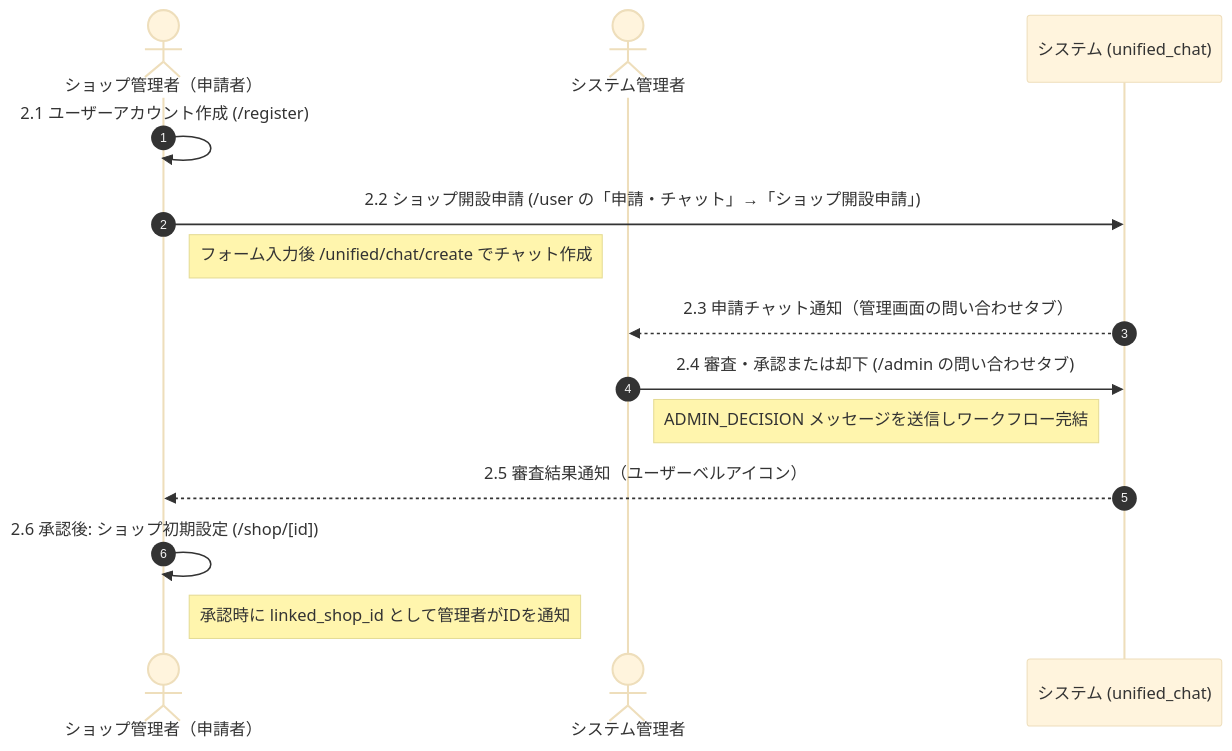
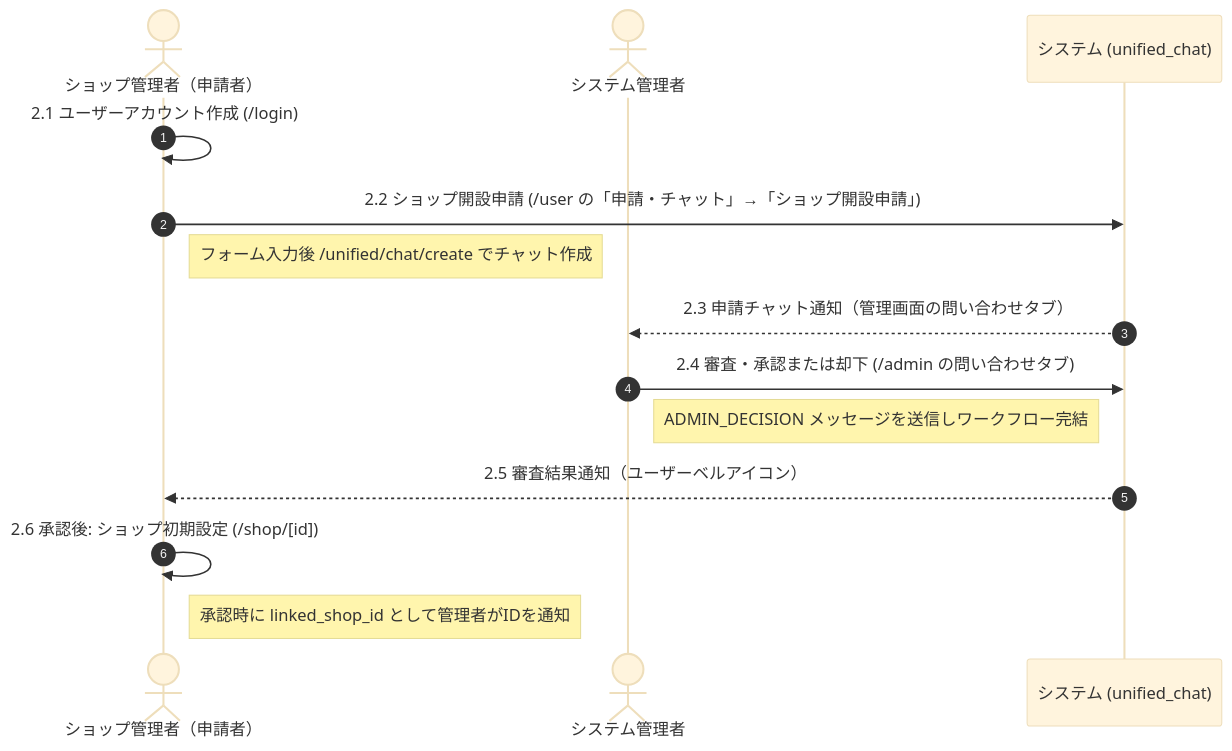
Before and after one commit to yudaiito9124-cyber/meishigawarini: the third of 7 diagrams in documents/ATFIRST_OPERATION_FLOW.md, drawn with Mermaid (base theme). The commit also changed other lines of this file and 103 other files, not shown here.

````diff
--- a/documents/ATFIRST_OPERATION_FLOW.md
+++ b/documents/ATFIRST_OPERATION_FLOW.md
@@ -68,17 +68,17 @@
 ```mermaid
 sequenceDiagram
   autonumber
   actor SO as ショップ管理者（申請者）
   actor SA as システム管理者
   participant SYS as システム (unified_chat)
 
-  SO->>SO: 2.1 ユーザーアカウント作成 (/register)
+  SO->>SO: 2.1 ユーザーアカウント作成 (/login)
   SO->>SYS: 2.2 ショップ開設申請 (/user の「申請・チャット」→「ショップ開設申請」)
   Note right of SO: フォーム入力後 /unified/chat/create でチャット作成
   SYS-->>SA: 2.3 申請チャット通知（管理画面の問い合わせタブ）
   SA->>SYS: 2.4 審査・承認または却下 (/admin の問い合わせタブ)
   Note right of SA: ADMIN_DECISION メッセージを送信しワークフロー完結
   SYS-->>SO: 2.5 審査結果通知（ユーザーベルアイコン）
   SO->>SO: 2.6 承認後: ショップ初期設定 (/shop/[id])
   Note right of SO: 承認時に linked_shop_id として管理者がIDを通知
 ```
````
